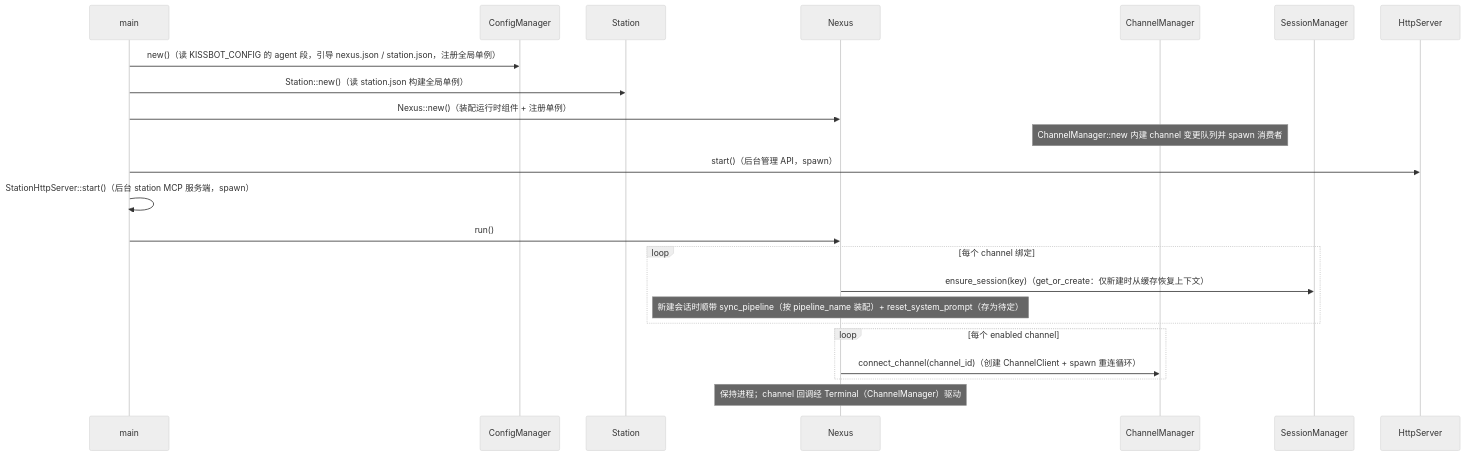
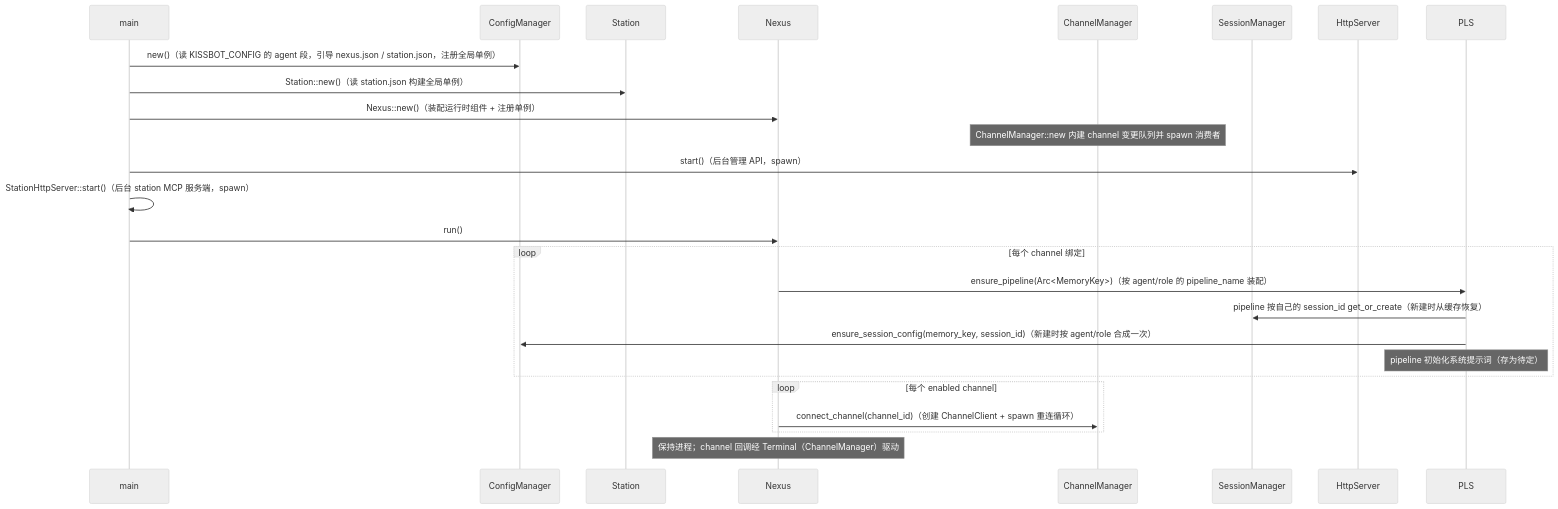
Before and after one commit to coldcloude/kissbot: the second of 5 diagrams in docs/spec/agent-modules.md, drawn with Mermaid (neutral theme). The commit also changed other lines of this file and 24 other files, not shown here.

````diff
--- a/docs/spec/agent-modules.md
+++ b/docs/spec/agent-modules.md
@@ -111,26 +111,28 @@
 ```mermaid
 sequenceDiagram
     participant main
     participant CFG as ConfigManager
     participant ST as Station
     participant CO as Nexus
     participant CHM as ChannelManager
     participant SM as SessionManager
     participant HS as HttpServer
 
     main->>CFG: new()（读 KISSBOT_CONFIG 的 agent 段，引导 nexus.json / station.json，注册全局单例）
     main->>ST: Station::new()（读 station.json 构建全局单例）
     main->>CO: Nexus::new()（装配运行时组件 + 注册单例）
     Note over CHM: ChannelManager::new 内建 channel 变更队列并 spawn 消费者
     main->>HS: start()（后台管理 API，spawn）
     main->>main: StationHttpServer::start()（后台 station MCP 服务端，spawn）
     main->>CO: run()
     loop 每个 channel 绑定
-        CO->>SM: ensure_session(key)（get_or_create：仅新建时从缓存恢复上下文）
-        Note over CO: 新建会话时顺带 sync_pipeline（按 pipeline_name 装配）+ reset_system_prompt（存为待定）
+        CO->>PLS: ensure_pipeline(Arc<MemoryKey>)（按 agent/role 的 pipeline_name 装配）
+        PLS->>SM: pipeline 按自己的 session_id get_or_create（新建时从缓存恢复）
+        PLS->>CFG: ensure_session_config(memory_key, session_id)（新建时按 agent/role 合成一次）
+        Note over PLS: pipeline 初始化系统提示词（存为待定）
     end
     loop 每个 enabled channel
         CO->>CHM: connect_channel(channel_id)（创建 ChannelClient + spawn 重连循环）
     end
     Note over CO: 保持进程；channel 回调经 Terminal（ChannelManager）驱动
 ```
````
